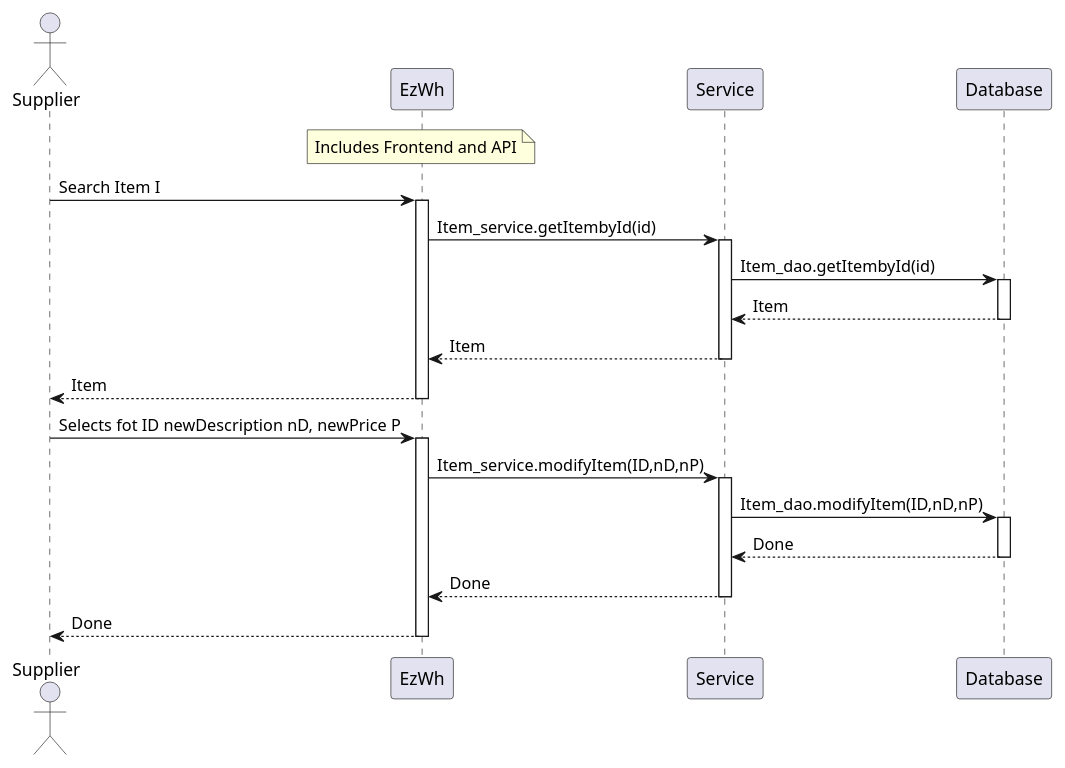
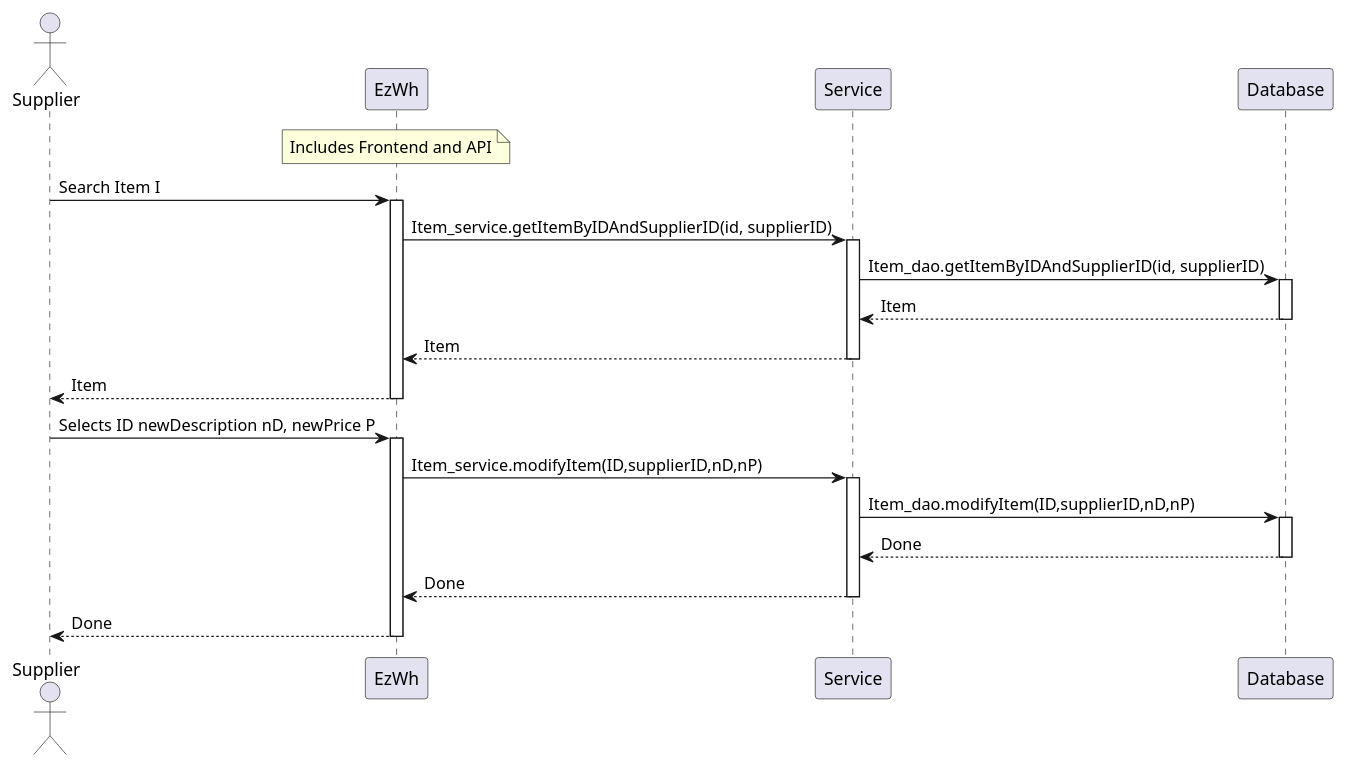
Diagram 11 of 12 in DesignDocument.md (giuseppe-dandrea/EzWh), drawn with PlantUML before and after one commit. The commit also changed other lines of this file and 2 other files, not shown here.

````diff
--- a/DesignDocument.md
+++ b/DesignDocument.md
@@ -845,34 +845,34 @@
 ```plantuml
 actor Supplier
 participant EzWh
 note over EzWh: Includes Frontend and API
 participant Service
 participant Database
 
 
 Supplier -> EzWh: Search Item I
 activate EzWh
-EzWh -> Service: Item_service.getItembyId(id)
+EzWh -> Service: Item_service.getItemByIDAndSupplierID(id, supplierID)
 activate Service
-Service -> Database : Item_dao.getItembyId(id)
+Service -> Database : Item_dao.getItemByIDAndSupplierID(id, supplierID)
 activate Database
 Database --> Service : Item
 deactivate Database
 Service --> EzWh : Item
 deactivate Service
 EzWh --> Supplier : Item
 deactivate EzWh
 
-Supplier -> EzWh :Selects fot ID newDescription nD, newPrice P
+Supplier -> EzWh :Selects ID newDescription nD, newPrice P
 activate EzWh
-EzWh ->Service : Item_service.modifyItem(ID,nD,nP)
+EzWh ->Service : Item_service.modifyItem(ID,supplierID,nD,nP)
 activate Service
-Service ->Database : Item_dao.modifyItem(ID,nD,nP)
+Service ->Database : Item_dao.modifyItem(ID,supplierID,nD,nP)
 activate Database
 Database --> Service : Done
 deactivate Database
 Service --> EzWh : Done
 deactivate Service
 EzWh --> Supplier : Done
 deactivate EzWh
 ```
````
